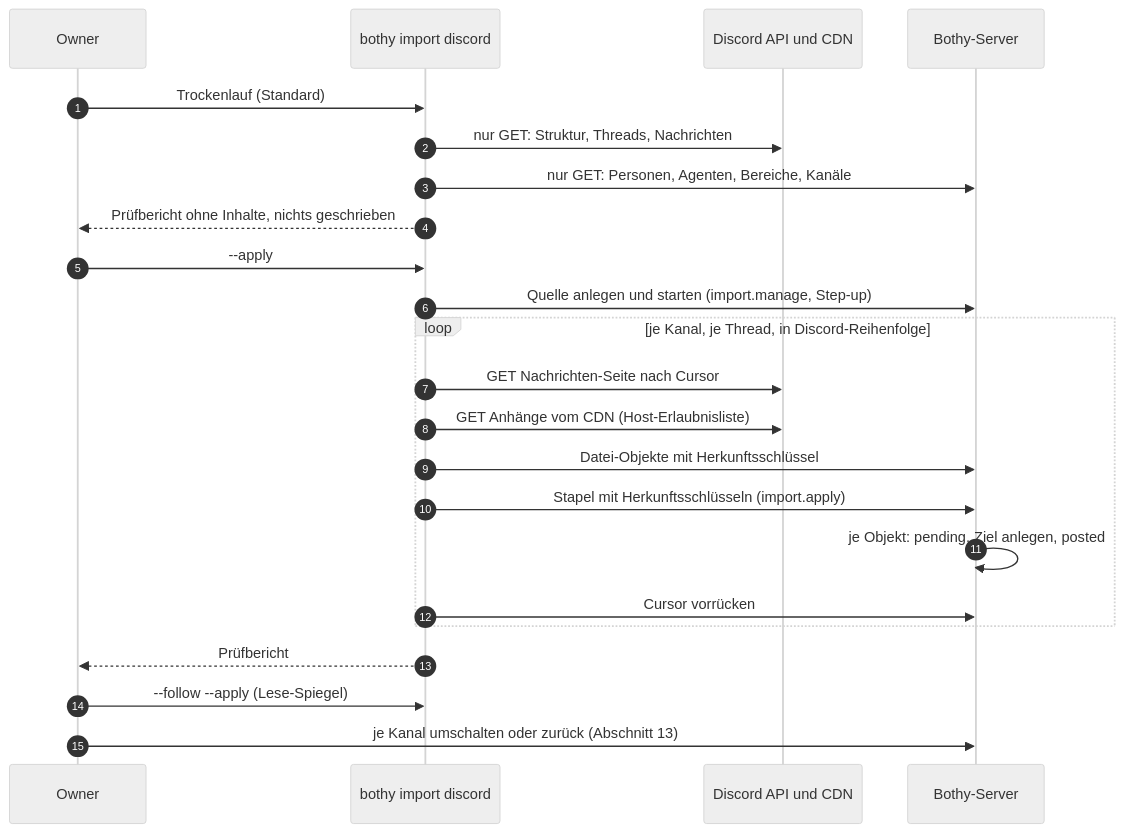
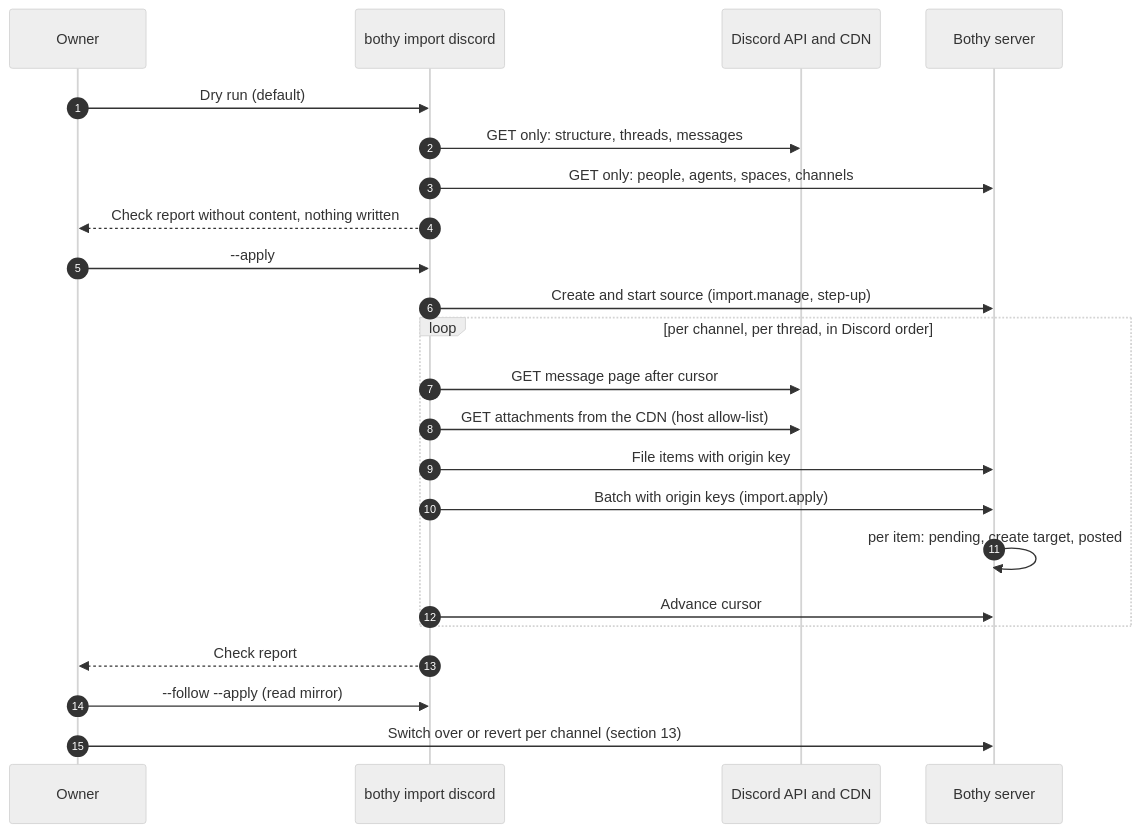
The first of 2 diagrams in docs/spec/22-import-migration.md (mguttmann/bothy), drawn with Mermaid (neutral theme) before and after one commit. The commit also changed other lines of this file and 73 other files, not shown here.

````diff
--- a/docs/spec/22-import-migration.md
+++ b/docs/spec/22-import-migration.md
@@ -57,25 +57,25 @@
 ```mermaid
 sequenceDiagram
     autonumber
     participant O as Owner
     participant T as bothy import discord
-    participant D as Discord API und CDN
-    participant S as Bothy-Server
-    O->>T: Trockenlauf (Standard)
-    T->>D: nur GET: Struktur, Threads, Nachrichten
-    T->>S: nur GET: Personen, Agenten, Bereiche, Kanäle
-    T-->>O: Prüfbericht ohne Inhalte, nichts geschrieben
+    participant D as Discord API and CDN
+    participant S as Bothy server
+    O->>T: Dry run (default)
+    T->>D: GET only: structure, threads, messages
+    T->>S: GET only: people, agents, spaces, channels
+    T-->>O: Check report without content, nothing written
     O->>T: --apply
-    T->>S: Quelle anlegen und starten (import.manage, Step-up)
-    loop je Kanal, je Thread, in Discord-Reihenfolge
-        T->>D: GET Nachrichten-Seite nach Cursor
-        T->>D: GET Anhänge vom CDN (Host-Erlaubnisliste)
-        T->>S: Datei-Objekte mit Herkunftsschlüssel
-        T->>S: Stapel mit Herkunftsschlüsseln (import.apply)
-        S->>S: je Objekt: pending, Ziel anlegen, posted
-        T->>S: Cursor vorrücken
+    T->>S: Create and start source (import.manage, step-up)
+    loop per channel, per thread, in Discord order
+        T->>D: GET message page after cursor
+        T->>D: GET attachments from the CDN (host allow-list)
+        T->>S: File items with origin key
+        T->>S: Batch with origin keys (import.apply)
+        S->>S: per item: pending, create target, posted
+        T->>S: Advance cursor
     end
-    T-->>O: Prüfbericht
-    O->>T: --follow --apply (Lese-Spiegel)
-    O->>S: je Kanal umschalten oder zurück (Abschnitt 13)
+    T-->>O: Check report
+    O->>T: --follow --apply (read mirror)
+    O->>S: Switch over or revert per channel (section 13)
 ```
````
